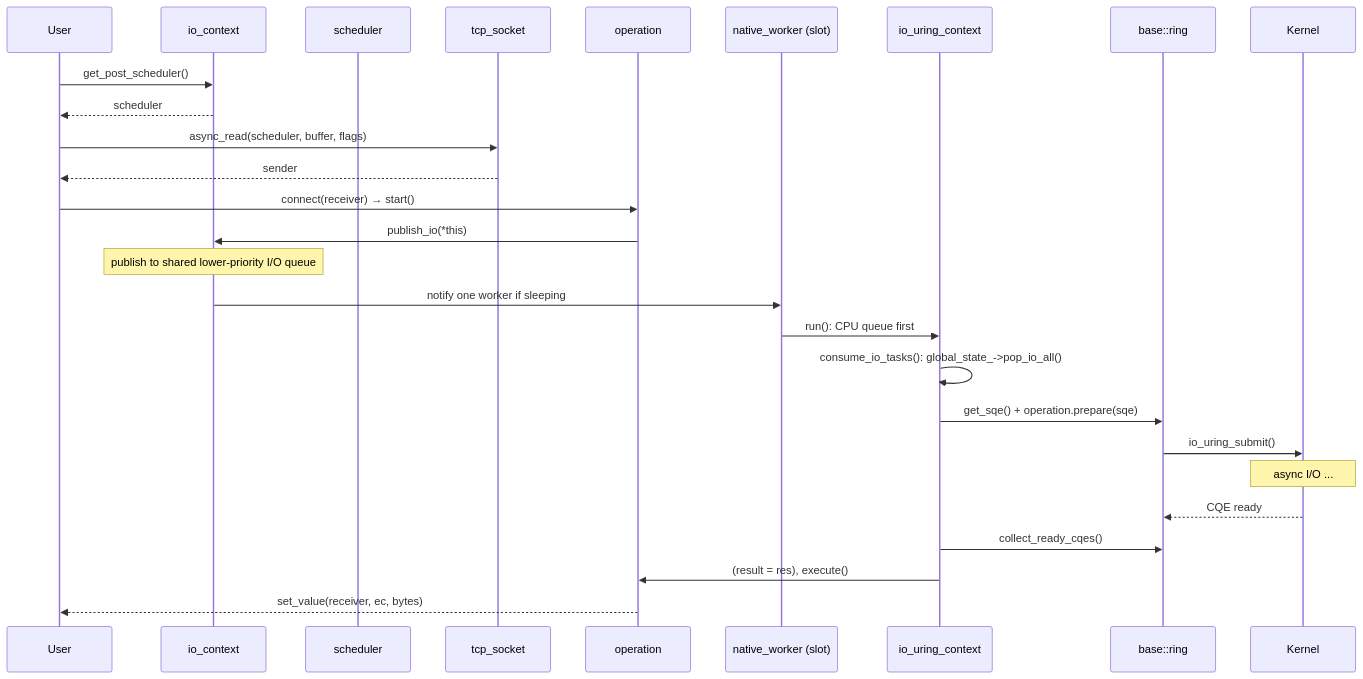
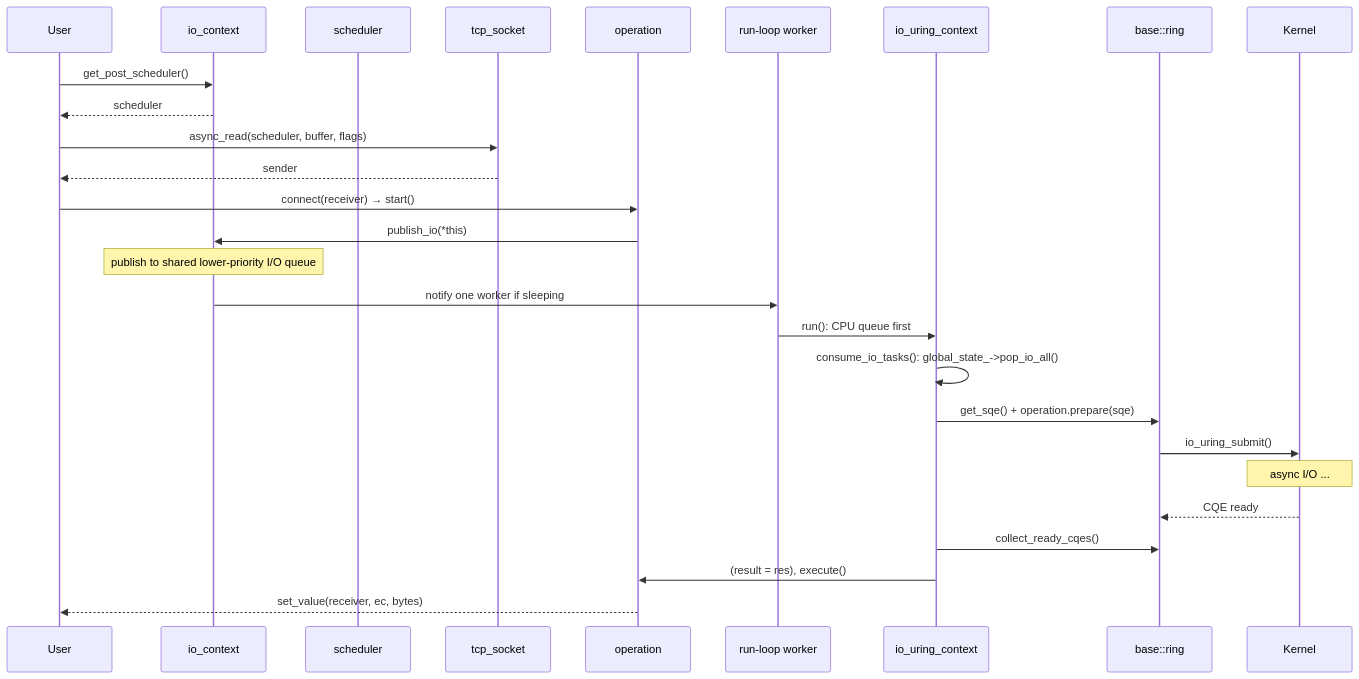
One commit to haomingbai/bnio changed the third of 3 diagrams in docs/design/architecture/io-context-layer.md. Above: the diagram before and after it, drawn with Mermaid. The commit also changed other lines of this file and 4 other files, not shown here.

````diff
--- a/docs/design/architecture/io-context-layer.md
+++ b/docs/design/architecture/io-context-layer.md
@@ -312,34 +308,34 @@
 ```mermaid
 sequenceDiagram
     participant User
     participant Ctx as io_context
     participant S as scheduler
     participant Stream as tcp_socket
     participant Op as operation
-    participant Worker as native_worker (slot)
+    participant Worker as run-loop worker
     participant UCtx as io_uring_context
     participant Ring as base::ring
     participant K as Kernel
 
     User->>Ctx: get_post_scheduler()
     Ctx-->>User: scheduler
     User->>Stream: async_read(scheduler, buffer, flags)
     Stream-->>User: sender
 
     User->>Op: connect(receiver) → start()
     Op->>Ctx: publish_io(*this)
 
     Note over Ctx: publish to shared lower-priority I/O queue
     Ctx->>Worker: notify one worker if sleeping
     Worker->>UCtx: run(): CPU queue first
     UCtx->>UCtx: consume_io_tasks(): global_state_->pop_io_all()
     UCtx->>Ring: get_sqe() + operation.prepare(sqe)
     Ring->>K: io_uring_submit()
 
     Note over K: async I/O ...
 
     K-->>Ring: CQE ready
     UCtx->>Ring: collect_ready_cqes()
     UCtx->>Op: (result = res), execute()
     Op-->>User: set_value(receiver, ec, bytes)
 ```
````
